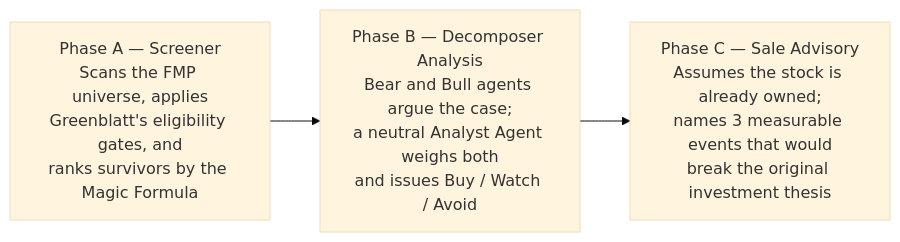
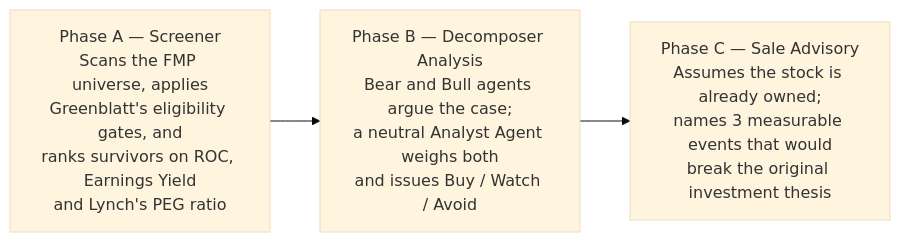
The diagram in README.md (sun4github/magic-stock-picker), drawn with Mermaid (base theme) before and after one commit. The commit also changed other lines of this file and 12 other files, not shown here.

Commit message:
Introduced PEG ratio (modified). New ranking. Safe guards

````diff
--- a/README.md
+++ b/README.md
@@ -12,7 +13,7 @@
 ```mermaid
 flowchart LR
-    A["Phase A — Screener<br/>Scans the FMP universe, applies<br/>Greenblatt's eligibility gates, and<br/>ranks survivors by the Magic Formula"]
+    A["Phase A — Screener<br/>Scans the FMP universe, applies<br/>Greenblatt's eligibility gates, and<br/>ranks survivors on ROC, Earnings Yield<br/>and Lynch's PEG ratio"]
     B["Phase B — Decomposer Analysis<br/>Bear and Bull agents argue the case;<br/>a neutral Analyst Agent weighs both<br/>and issues Buy / Watch / Avoid"]
     C["Phase C — Sale Advisory<br/>Assumes the stock is already owned;<br/>names 3 measurable events that would<br/>break the original investment thesis"]
     A --> B --> C
 ```
````
